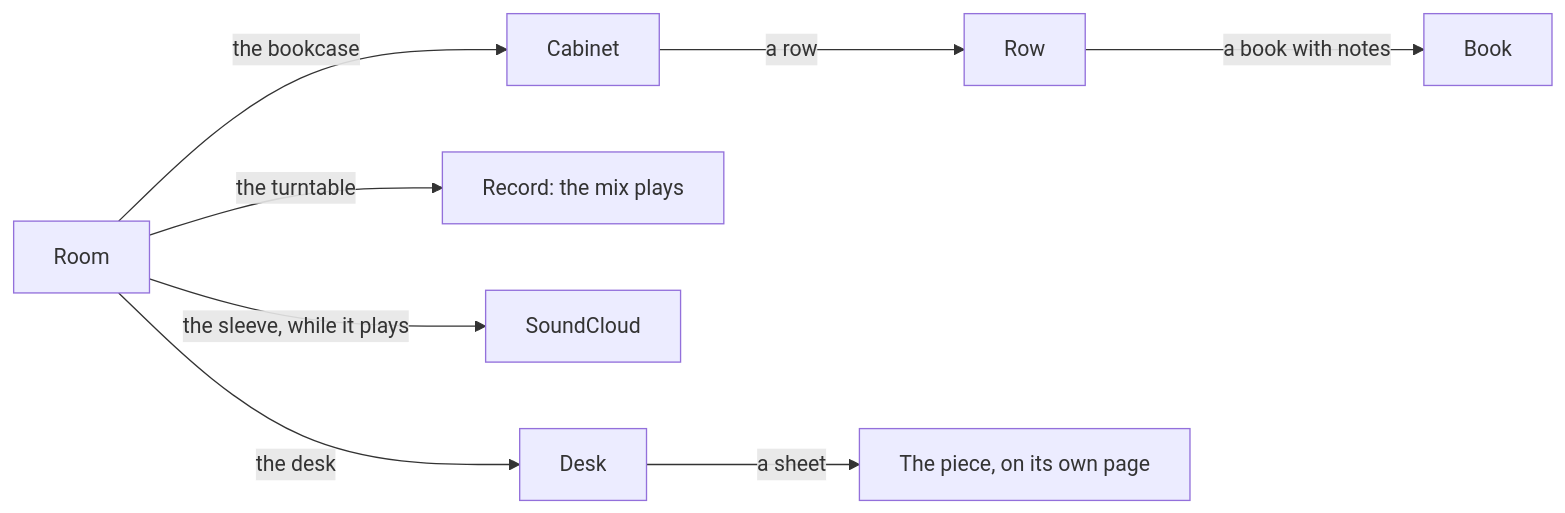
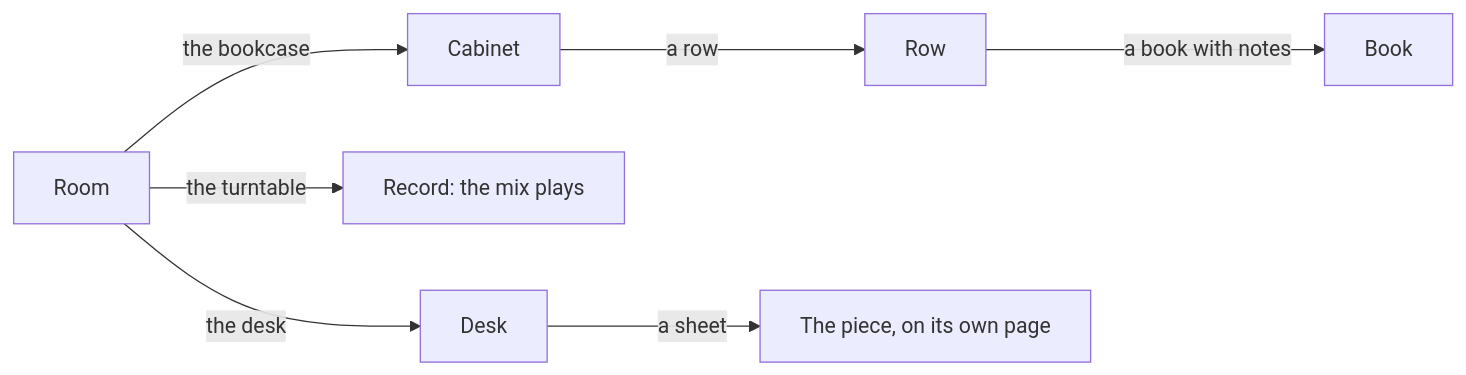
One commit to enitrat/blog changed the diagram in docs/room-direction.md. Above: the diagram before and after it, drawn with Mermaid. The commit also changed other lines of this file and 4 other files, not shown here.

````diff
--- a/docs/room-direction.md
+++ b/docs/room-direction.md
@@ -37,10 +37,9 @@
 ```mermaid
 flowchart LR
   Room -->|the bookcase| Cabinet
   Cabinet -->|a row| Row
   Row -->|a book with notes| Book
   Room -->|the turntable| Record["Record: the mix plays"]
-  Room -->|the sleeve, while it plays| SoundCloud
   Room -->|the desk| Desk
   Desk -->|a sheet| Piece["The piece, on its own page"]
 ```
````
